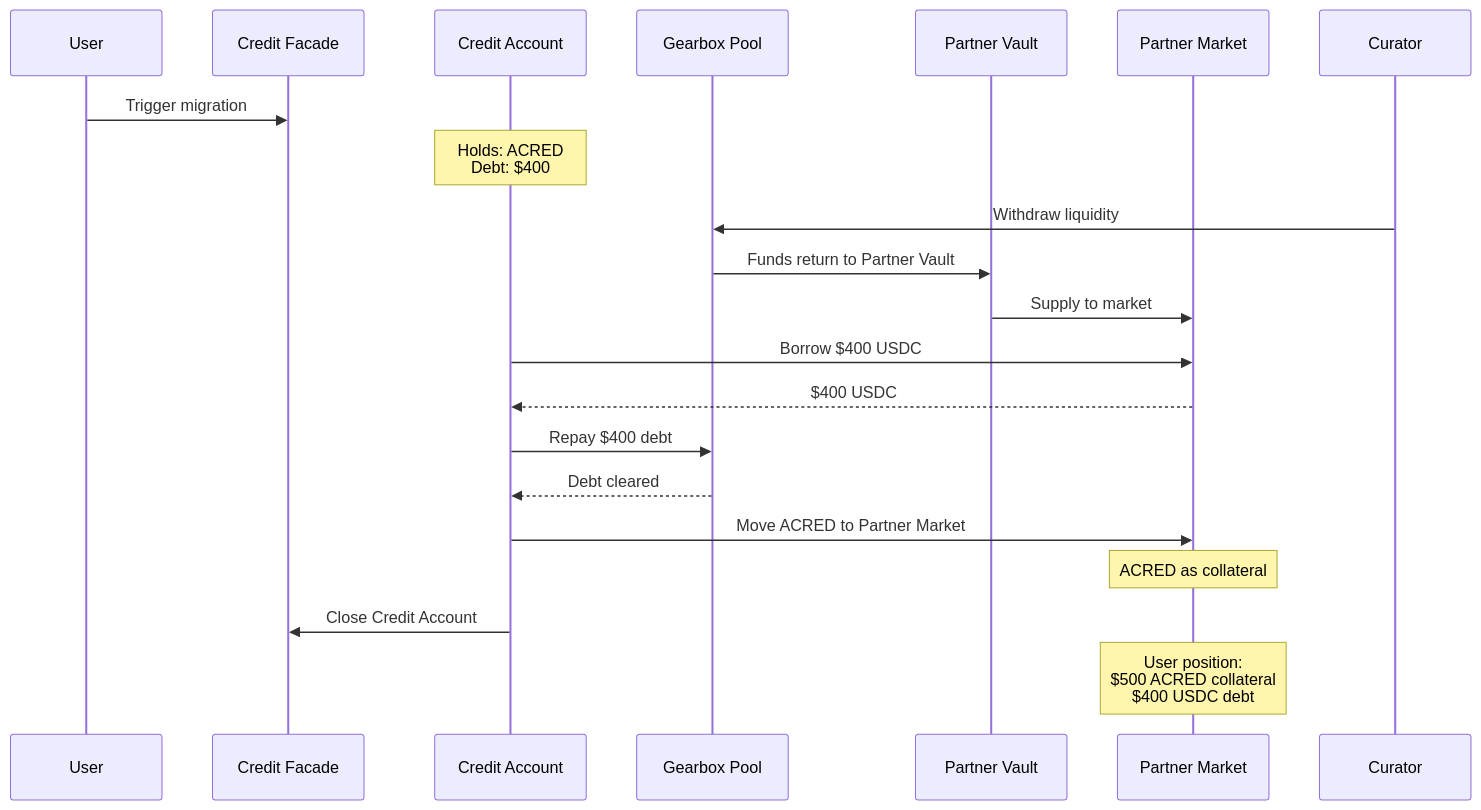
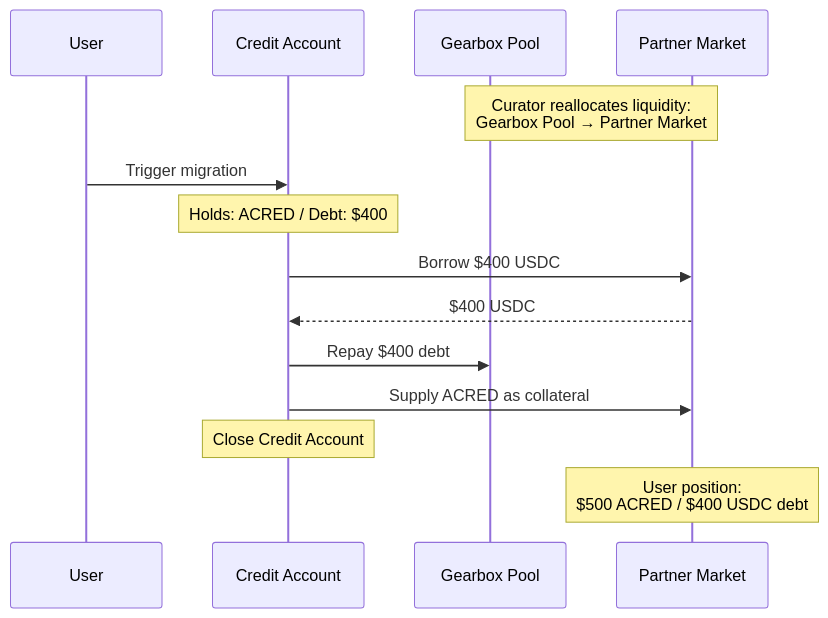
One commit to Gearbox-protocol/docs-knowledge changed the fifth of 10 diagrams in reference/usecase-faster-rwa-settlement-with-leverage.md. Above: the diagram before and after it, drawn with Mermaid. The commit also changed other lines of this file, not shown here.

First line of the commit message:
docs: add capital-neutral migration concept and restructure Position Transfer section

````diff
--- a/reference/usecase-faster-rwa-settlement-with-leverage.md
+++ b/reference/usecase-faster-rwa-settlement-with-leverage.md
@@ -207,24 +263,17 @@
 ```mermaid
 sequenceDiagram
     participant U as User
-    participant CF as Credit Facade
     participant CA as Credit Account
     participant GP as Gearbox Pool
-    participant V as Partner Vault
     participant M as Partner Market
-    participant C as Curator
-    
-    U->>CF: Trigger migration
-    Note over CA: Holds: ACRED<br/>Debt: $400
-    C->>GP: Withdraw liquidity
-    GP->>V: Funds return to Partner Vault
-    V->>M: Supply to market
+
+    Note over GP,M: Curator reallocates liquidity:<br/>Gearbox Pool → Partner Market
+    U->>CA: Trigger migration
+    Note over CA: Holds: ACRED / Debt: $400
     CA->>M: Borrow $400 USDC
     M-->>CA: $400 USDC
     CA->>GP: Repay $400 debt
-    GP-->>CA: Debt cleared
-    CA->>M: Move ACRED to Partner Market
-    Note over M: ACRED as collateral
-    CA->>CF: Close Credit Account
-    Note over M: User position:<br/>$500 ACRED collateral<br/>$400 USDC debt
+    CA->>M: Supply ACRED as collateral
+    Note over CA: Close Credit Account
+    Note over M: User position:<br/>$500 ACRED / $400 USDC debt
 ```
````
